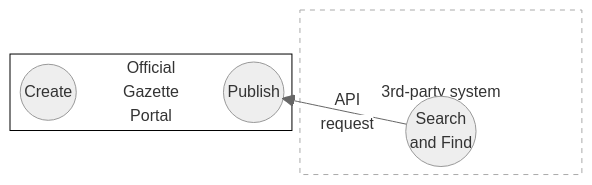
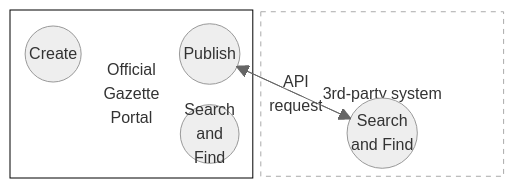
The third of 3 diagrams in README.md (officialgazette/big-picture), drawn with Mermaid before and after one commit.

````diff
--- a/README.md
+++ b/README.md
@@ -90,39 +90,48 @@
 ```mermaid
 
 %%{
   init: {
     'theme': 'neutral'
   }
 }%%
 
 
 
 
 
 
 
 
 block-beta
 
 block:system["Official
 Gazette
 Portal"]
+columns 3
 
-create (("Create")) space:2
+create (("Create")) space
 
 publish (("Publish"))
+
+space:2
+searchInt(("Search
+and
+Find"))
 
 end
 
 block:thirdparty["3rd-party system"]:1
 columns 3 space:4
 search (("Search
 and Find"))
 
 end
 
 search --"API
 request"--> publish
+publish-->search
+
+
 style thirdparty fill:#fff,stroke:#aaa,stroke-width:1px,stroke-dasharray: 5 5,color:#aaa
 style system fill:#fff,stroke:#000,stroke-width:1px,color:#000
 ```
````
